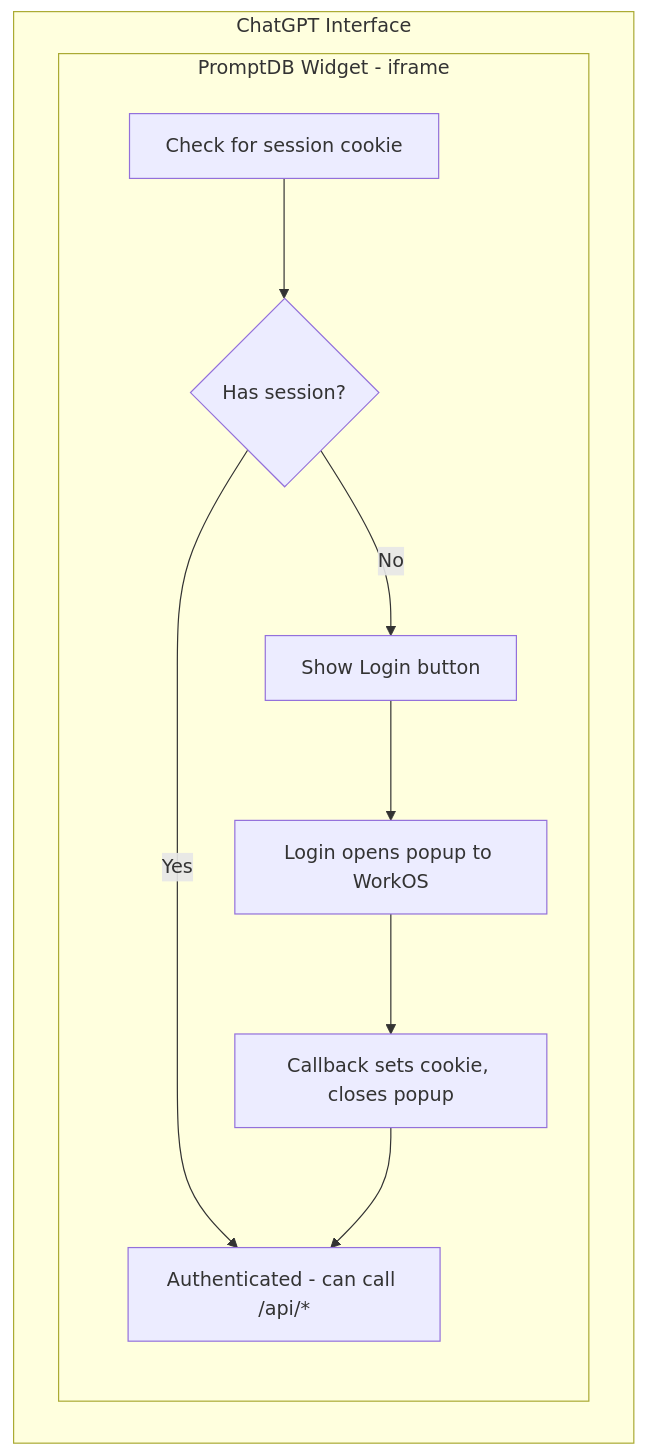
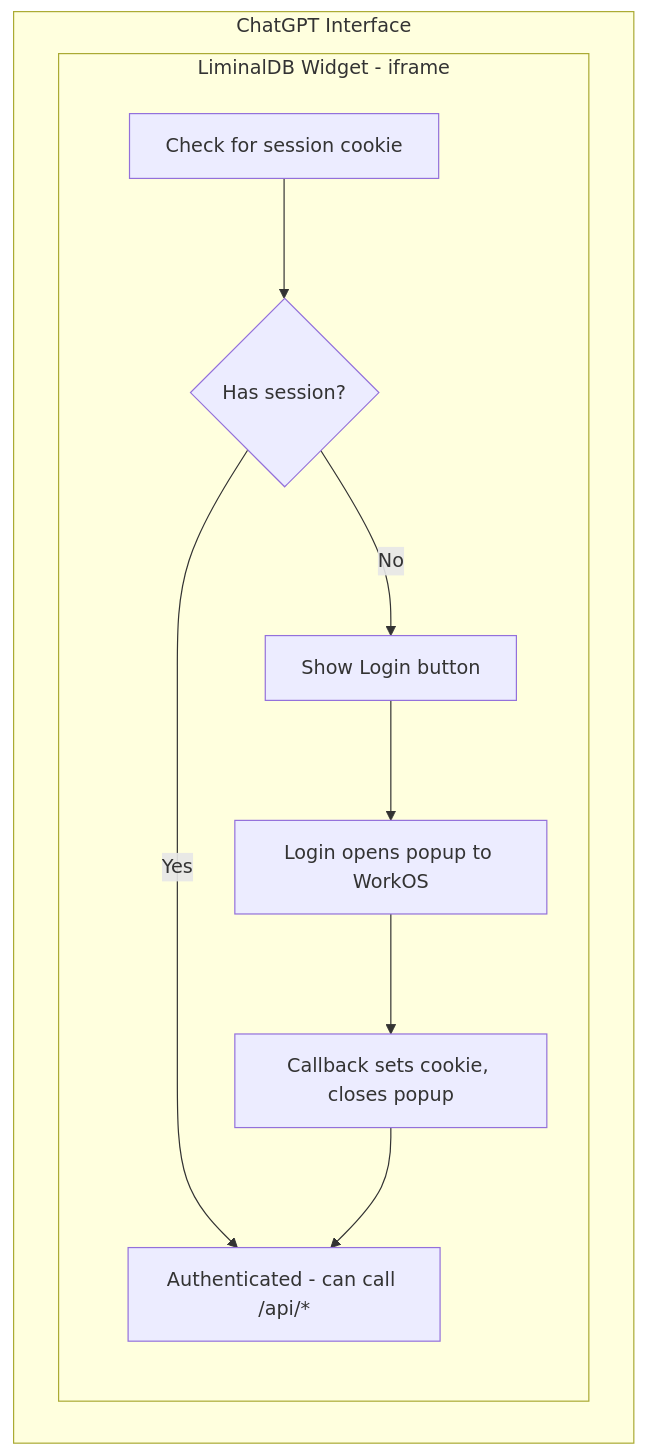
The fourth of 6 diagrams in docs/architecture.md (liminal-ai/liminaldb), drawn with Mermaid before and after one commit. The commit also changed other lines of this file and 26 other files, not shown here.

````diff
--- a/docs/architecture.md
+++ b/docs/architecture.md
@@ -349,13 +358,13 @@
 ```mermaid
 flowchart TD
     subgraph ChatGPT[ChatGPT Interface]
-        subgraph Widget[PromptDB Widget - iframe]
+        subgraph Widget[LiminalDB Widget - iframe]
             A[Check for session cookie] --> B{Has session?}
             B -->|No| C[Show Login button]
             B -->|Yes| F[Authenticated - can call /api/*]
             C --> D[Login opens popup to WorkOS]
             D --> E[Callback sets cookie, closes popup]
             E --> F
         end
     end
 ```
````
